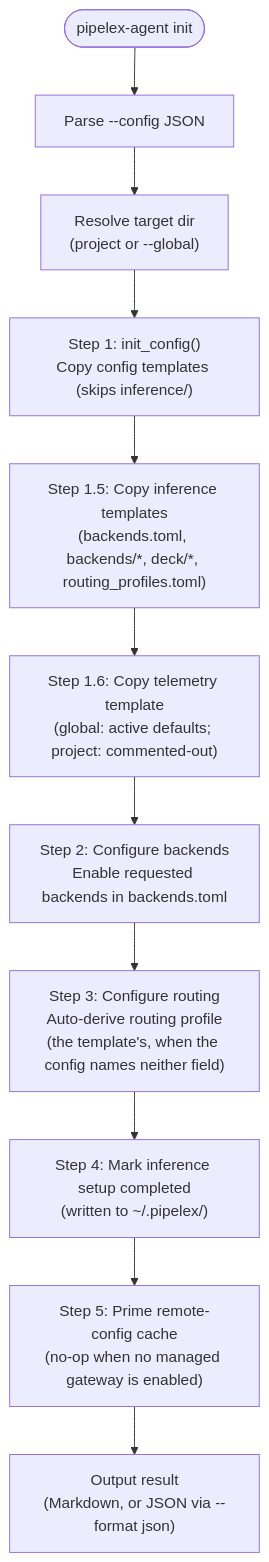
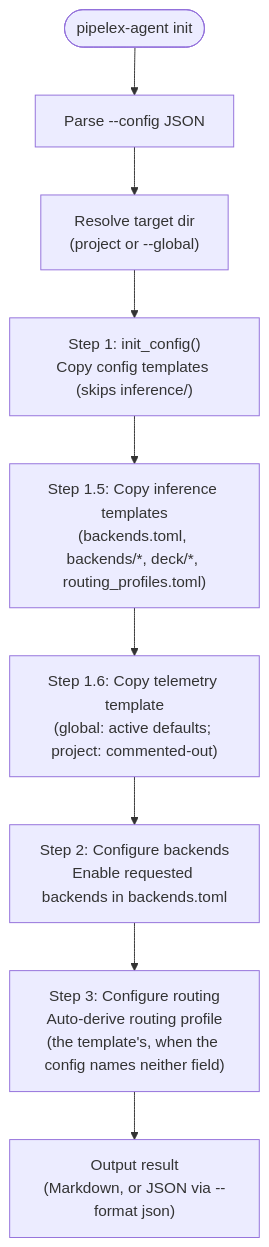
Before and after one commit to Pipelex/pipelex: the third of 3 diagrams in docs/under-the-hood/init-cli-flows.md, drawn with Mermaid. The commit also changed other lines of this file and 173 other files, not shown here.

````diff
--- a/docs/under-the-hood/init-cli-flows.md
+++ b/docs/under-the-hood/init-cli-flows.md
@@ -364,13 +363,11 @@
 ```mermaid
 flowchart TD
     START([pipelex-agent init]) --> PARSE["Parse --config JSON"]
     PARSE --> RESOLVE["Resolve target dir<br/>(project or --global)"]
     RESOLVE --> STEP1["Step 1: init_config()<br/>Copy config templates (skips inference/)"]
     STEP1 --> STEP15["Step 1.5: Copy inference templates<br/>(backends.toml, backends/*, deck/*, routing_profiles.toml)"]
     STEP15 --> STEP16["Step 1.6: Copy telemetry template<br/>(global: active defaults; project: commented-out)"]
     STEP16 --> STEP2["Step 2: Configure backends<br/>Enable requested backends in backends.toml"]
     STEP2 --> STEP3["Step 3: Configure routing<br/>Auto-derive routing profile<br/>(the template's, when the config names neither field)"]
-    STEP3 --> STEP4["Step 4: Mark inference setup completed<br/>(written to ~/.pipelex/)"]
-    STEP4 --> STEP5["Step 5: Prime remote-config cache<br/>(no-op when no managed gateway is enabled)"]
-    STEP5 --> OUTPUT["Output result<br/>(Markdown, or JSON via --format json)"]
+    STEP3 --> OUTPUT["Output result<br/>(Markdown, or JSON via --format json)"]
 ```
````
